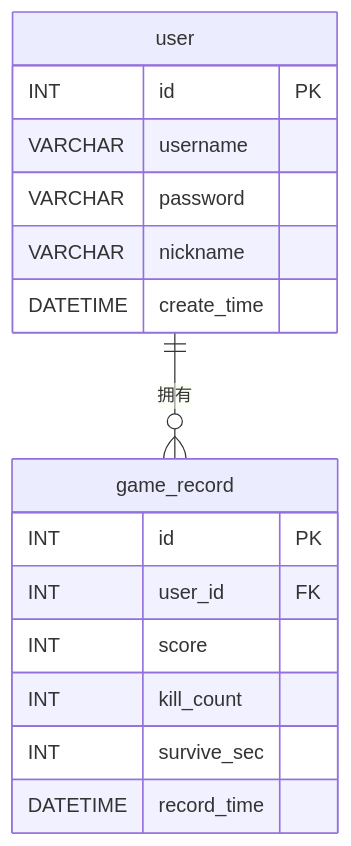
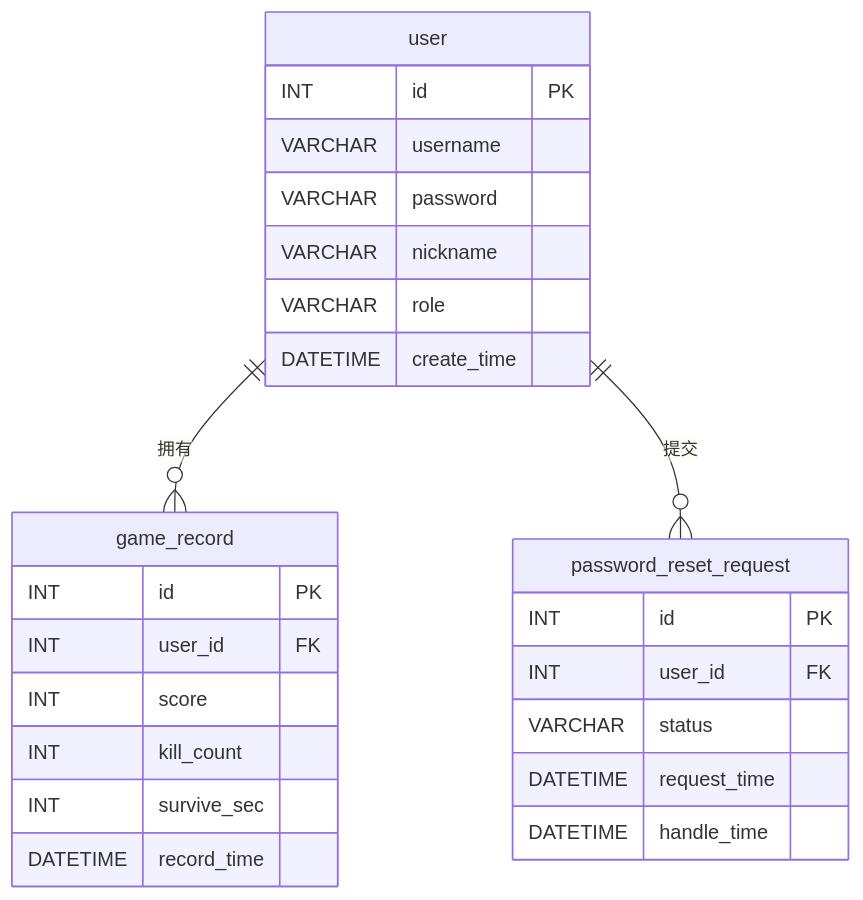
The diagram in docs/数据库设计文档.md (learnerCodeZ/javagame-zombie-shooter), drawn with Mermaid before and after one commit. The commit also changed other lines of this file and 17 other files, not shown here.

````diff
--- a/docs/数据库设计文档.md
+++ b/docs/数据库设计文档.md
@@ -30,19 +31,28 @@
 ```mermaid
 erDiagram
     user ||--o{ game_record : 拥有
+    user ||--o{ password_reset_request : 提交
     user {
         INT id PK
         VARCHAR username
         VARCHAR password
         VARCHAR nickname
+        VARCHAR role
         DATETIME create_time
     }
     game_record {
         INT id PK
         INT user_id FK
         INT score
         INT kill_count
         INT survive_sec
         DATETIME record_time
     }
+    password_reset_request {
+        INT id PK
+        INT user_id FK
+        VARCHAR status
+        DATETIME request_time
+        DATETIME handle_time
+    }
 ```
````
